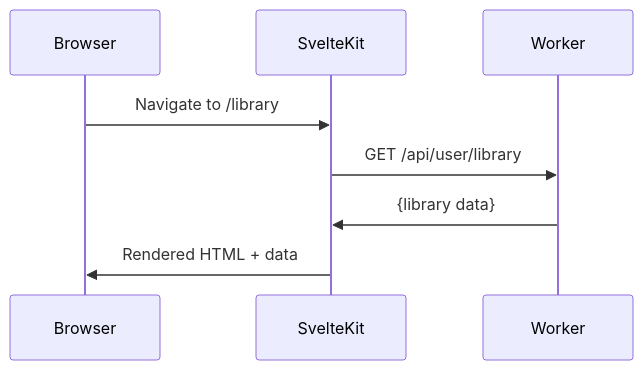
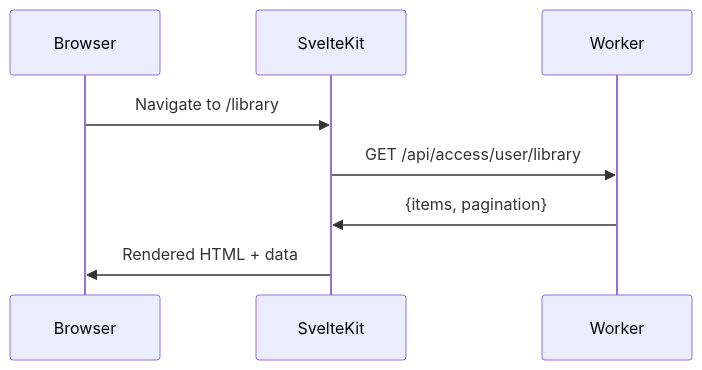
One commit to brucemckayone/codex changed the second of 4 diagrams in design/frontend/DATA.md. Above: the diagram before and after it, drawn with Mermaid. The commit also changed other lines of this file and 5 other files, not shown here.

````diff
--- a/design/frontend/DATA.md
+++ b/design/frontend/DATA.md
@@ -57,11 +96,11 @@
 ```mermaid
 sequenceDiagram
     participant Browser
     participant SvelteKit
     participant Worker
 
     Browser->>SvelteKit: Navigate to /library
-    SvelteKit->>Worker: GET /api/user/library
-    Worker->>SvelteKit: {library data}
+    SvelteKit->>Worker: GET /api/access/user/library
+    Worker->>SvelteKit: {items, pagination}
     SvelteKit->>Browser: Rendered HTML + data
 ```
````
